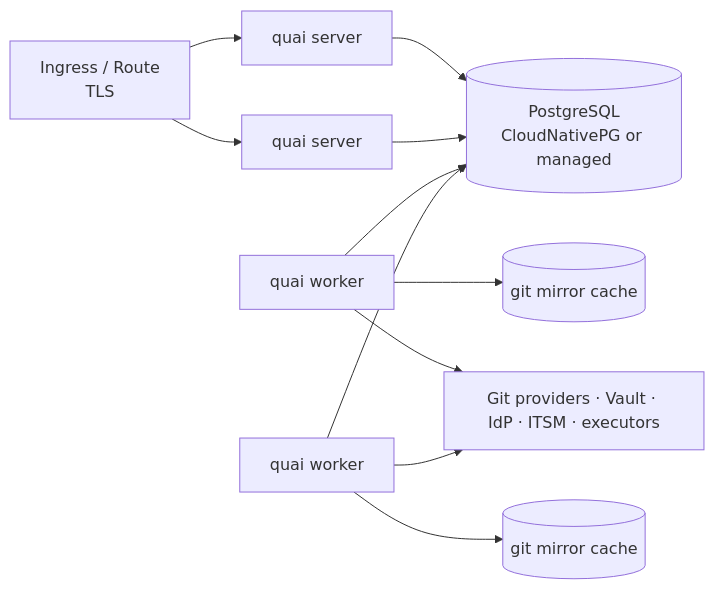
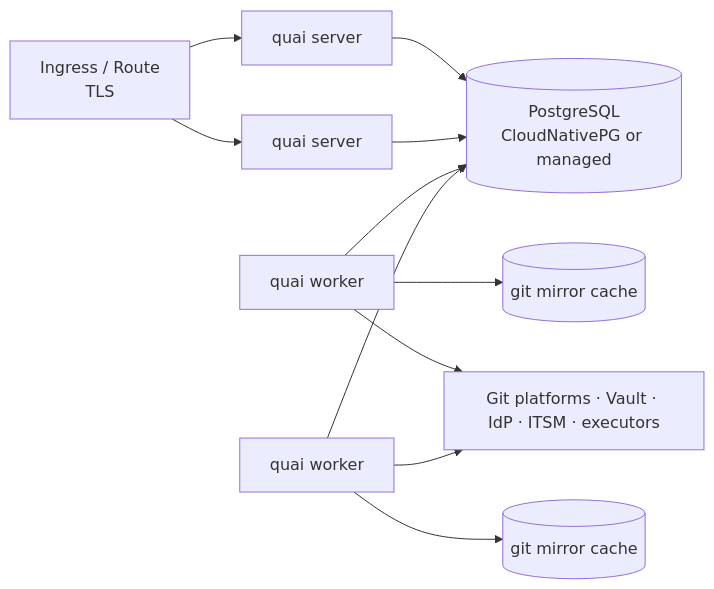
One commit to damhau/quai changed the diagram in docs/operations/deployment-and-operations.md. Above: the diagram before and after it, drawn with Mermaid. The commit also changed other lines of this file and 14 other files, not shown here.

````diff
--- a/docs/operations/deployment-and-operations.md
+++ b/docs/operations/deployment-and-operations.md
@@ -7,12 +7,12 @@
 ```mermaid
 flowchart LR
   IN[Ingress / Route<br/>TLS] --> API1[quai server]
   IN --> API2[quai server]
   API1 --> PG[(PostgreSQL<br/>CloudNativePG or managed)]
   API2 --> PG
   W1[quai worker] --> PG
   W2[quai worker] --> PG
   W1 --> GC1[(git mirror cache)]
   W2 --> GC2[(git mirror cache)]
-  W1 & W2 --> EXT[Git providers · Vault · IdP · ITSM · executors]
+  W1 & W2 --> EXT[Git platforms · Vault · IdP · ITSM · executors]
 ```
````
